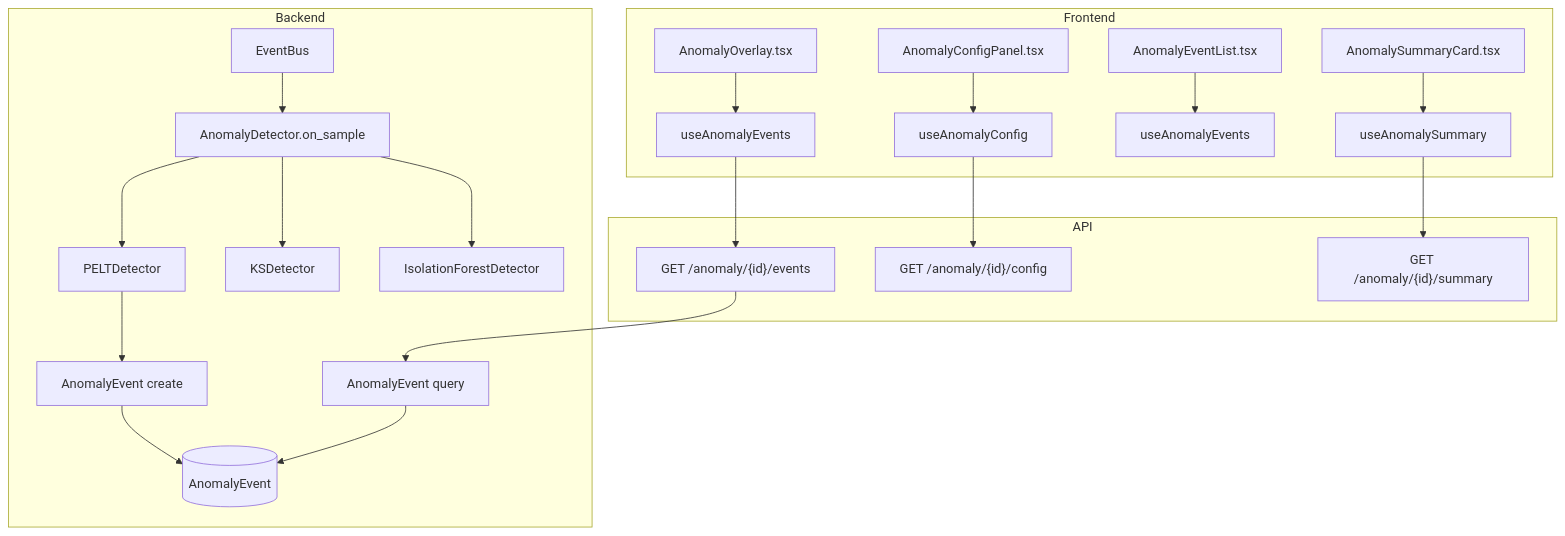
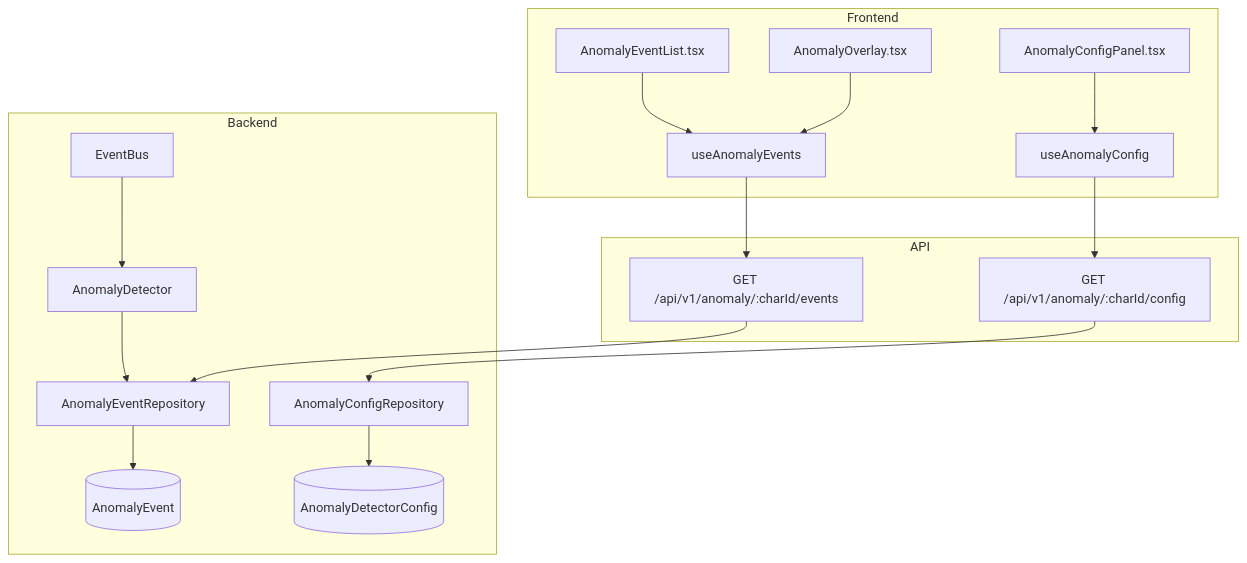
Before and after one commit to saturnis-io/cassini: the first of 2 diagrams in .knowledge/features/anomaly.md, drawn with Mermaid. The commit also changed other lines of this file and 15 other files, not shown here.

Commit message:
knowledge-graph: regenerate

````diff
--- a/.knowledge/features/anomaly.md
+++ b/.knowledge/features/anomaly.md
@@ -5,24 +5,20 @@
 ```mermaid
 flowchart TD
     subgraph Frontend
         C1[AnomalyOverlay.tsx] --> H1[useAnomalyEvents]
         C2[AnomalyConfigPanel.tsx] --> H2[useAnomalyConfig]
-        C3[AnomalyEventList.tsx] --> H3[useAnomalyEvents]
-        C4[AnomalySummaryCard.tsx] --> H4[useAnomalySummary]
+        C3[AnomalyEventList.tsx] --> H1
     end
     subgraph API
-        H1 --> E1["GET /anomaly/{id}/events"]
-        H2 --> E2["GET /anomaly/{id}/config"]
-        H4 --> E3["GET /anomaly/{id}/summary"]
+        H1 --> E1[GET /api/v1/anomaly/:charId/events]
+        H2 --> E2[GET /api/v1/anomaly/:charId/config]
     end
     subgraph Backend
-        S0[EventBus] --> S1[AnomalyDetector.on_sample]
-        S1 --> S2[PELTDetector]
-        S1 --> S3[KSDetector]
-        S1 --> S4[IsolationForestDetector]
-        S2 --> R1[AnomalyEvent create]
-        E1 --> R2[AnomalyEvent query]
+        E1 --> R1[AnomalyEventRepository]
         R1 --> M1[(AnomalyEvent)]
-        R2 --> M1
+        E2 --> R2[AnomalyConfigRepository]
+        R2 --> M2[(AnomalyDetectorConfig)]
+        S1[AnomalyDetector] --> R1
+        S2[EventBus] --> S1
     end
 ```
````
